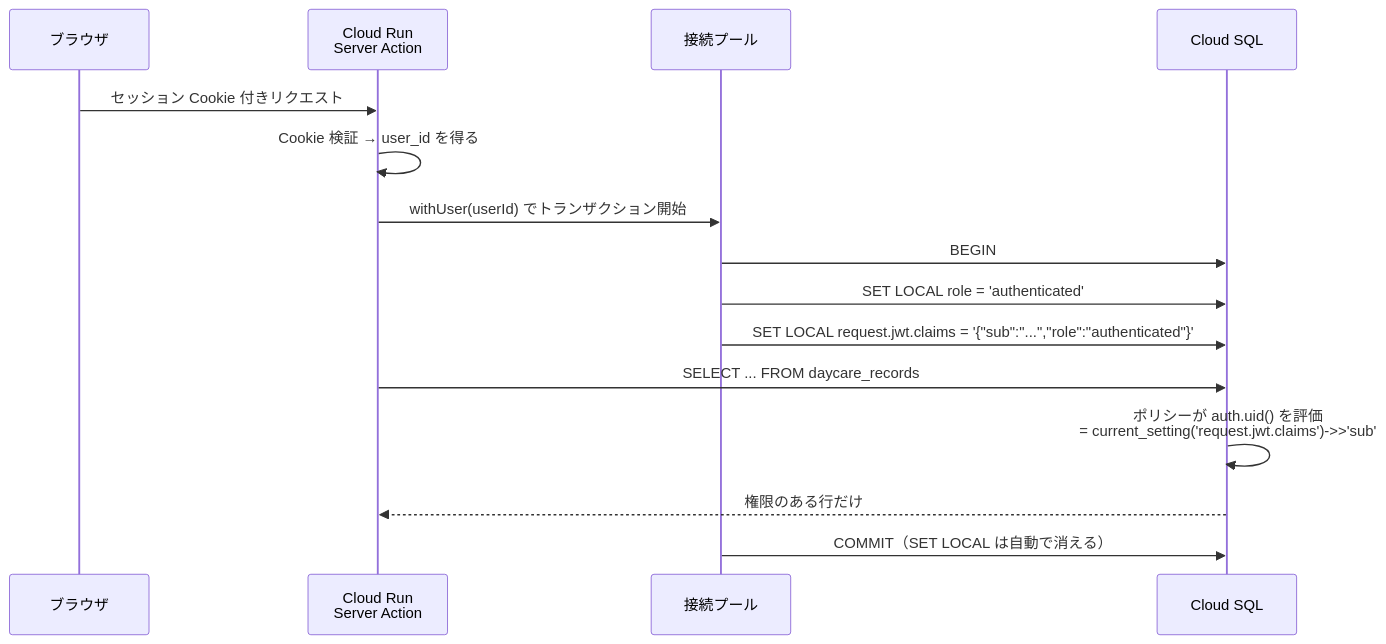
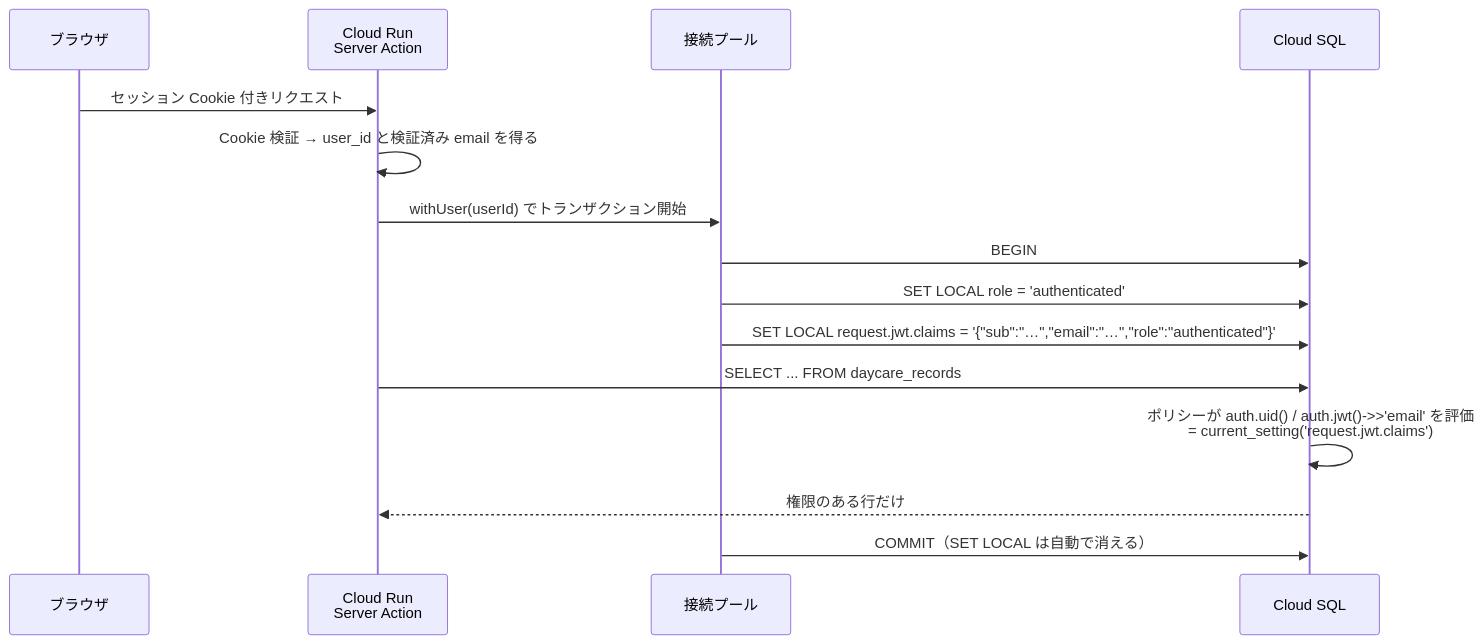
Before and after one commit to godhuu0505/mfmf: the fourth of 7 diagrams in docs/explanation/gcp-migration.md, drawn with Mermaid. The commit also changed other lines of this file, not shown here.

````diff
--- a/docs/explanation/gcp-migration.md
+++ b/docs/explanation/gcp-migration.md
@@ -144,18 +145,18 @@
 ```mermaid
 sequenceDiagram
   participant B as ブラウザ
   participant CR as Cloud Run<br/>Server Action
   participant P as 接続プール
   participant DB as Cloud SQL
 
   B->>CR: セッション Cookie 付きリクエスト
-  CR->>CR: Cookie 検証 → user_id を得る
+  CR->>CR: Cookie 検証 → user_id と検証済み email を得る
   CR->>P: withUser(userId) でトランザクション開始
   P->>DB: BEGIN
   P->>DB: SET LOCAL role = 'authenticated'
-  P->>DB: SET LOCAL request.jwt.claims = '{"sub":"...","role":"authenticated"}'
+  P->>DB: SET LOCAL request.jwt.claims = '{"sub":"…","email":"…","role":"authenticated"}'
   CR->>DB: SELECT ... FROM daycare_records
-  DB->>DB: ポリシーが auth.uid() を評価<br/>= current_setting('request.jwt.claims')->>'sub'
+  DB->>DB: ポリシーが auth.uid() / auth.jwt()->>'email' を評価<br/>= current_setting('request.jwt.claims')
   DB-->>CR: 権限のある行だけ
   P->>DB: COMMIT（SET LOCAL は自動で消える）
 ```
````
